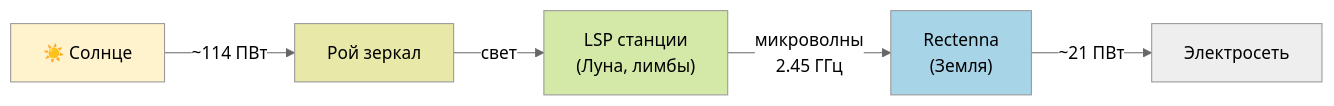
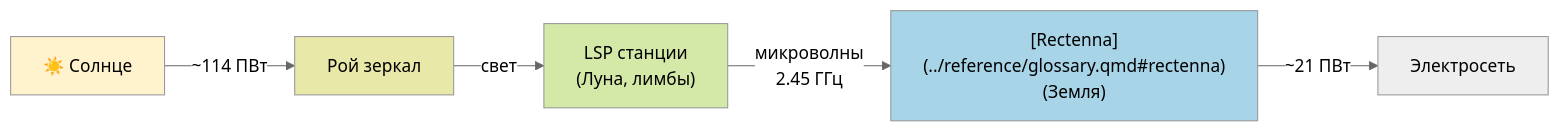
One commit to DmitryNasikanov/infinite-energy changed the diagram in ru/science/summaries/mirrors.qmd. Above: the diagram before and after it, drawn with Mermaid (neutral theme). The commit also changed other lines of this file and 67 other files, not shown here.

````diff
--- a/ru/science/summaries/mirrors.qmd
+++ b/ru/science/summaries/mirrors.qmd
@@ -164,13 +164,13 @@
 ```{mermaid}
 %%| fig-width: 10
 flowchart LR
     SUN["☀️ Солнце"] -->|"~114 ПВт"| SWARM["Рой зеркал"]
     SWARM -->|"свет"| LSP["LSP станции<br/>(Луна, лимбы)"]
-    LSP -->|"микроволны<br/>2.45 ГГц"| RECT["Rectenna<br/>(Земля)"]
+    LSP -->|"микроволны<br/>2.45 ГГц"| RECT["[Rectenna](../reference/glossary.qmd#rectenna)<br/>(Земля)"]
     RECT -->|"~21 ПВт"| GRID["Электросеть"]
 
     style SUN fill:#fff3cd
     style SWARM fill:#e8e8a8
     style LSP fill:#d4e8a8
     style RECT fill:#a8d4e8
 ```
````
